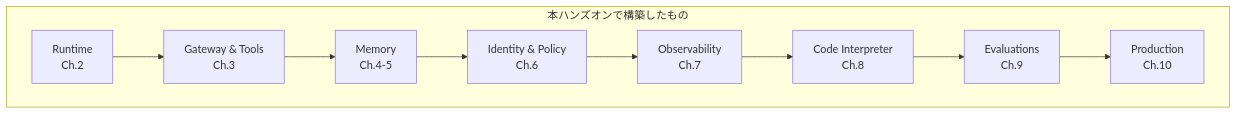
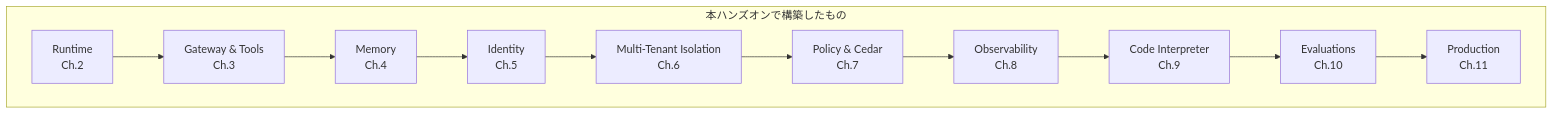
One commit to yaggytter/agentcore-multi-tenant-handson changed the fifth of 5 diagrams in docs/11-production-ready.md. Above: the diagram before and after it, drawn with Mermaid. The commit also changed other lines of this file and 49 other files, not shown here.

````diff
--- a/docs/11-production-ready.md
+++ b/docs/11-production-ready.md
@@ -1117,21 +552,25 @@
 ```mermaid
 graph TB
     subgraph "本ハンズオンで構築したもの"
         RT[Runtime<br/>Ch.2]
         GW[Gateway & Tools<br/>Ch.3]
-        MEM[Memory<br/>Ch.4-5]
-        ID[Identity & Policy<br/>Ch.6]
-        OBS[Observability<br/>Ch.7]
-        CI[Code Interpreter<br/>Ch.8]
-        EVAL[Evaluations<br/>Ch.9]
-        PROD[Production<br/>Ch.10]
+        MEM[Memory<br/>Ch.4]
+        ID[Identity<br/>Ch.5]
+        MT[Multi-Tenant Isolation<br/>Ch.6]
+        POLICY[Policy & Cedar<br/>Ch.7]
+        OBS[Observability<br/>Ch.8]
+        CI[Code Interpreter<br/>Ch.9]
+        EVAL[Evaluations<br/>Ch.10]
+        PROD[Production<br/>Ch.11]
     end
 
     RT --> GW
     GW --> MEM
     MEM --> ID
-    ID --> OBS
+    ID --> MT
+    MT --> POLICY
+    POLICY --> OBS
     OBS --> CI
     CI --> EVAL
     EVAL --> PROD
 ```
````
